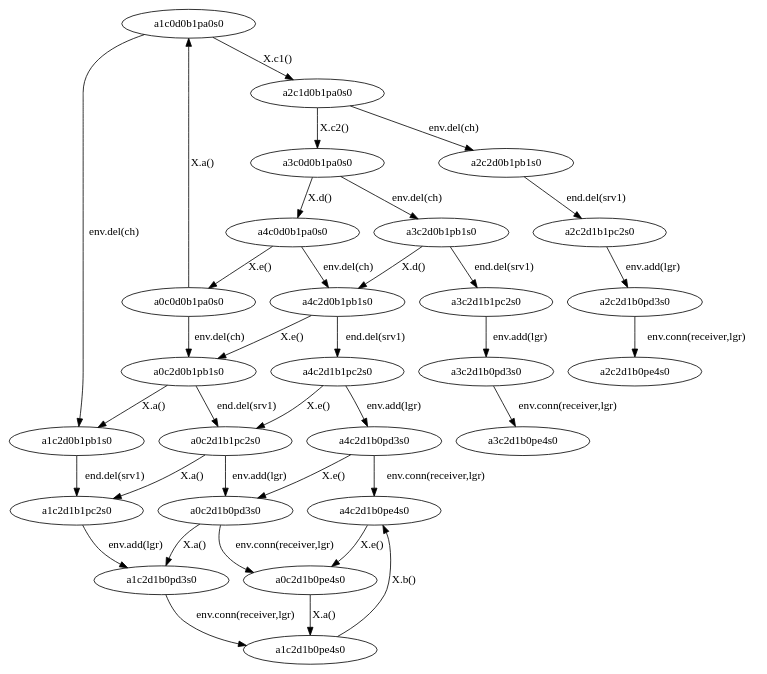
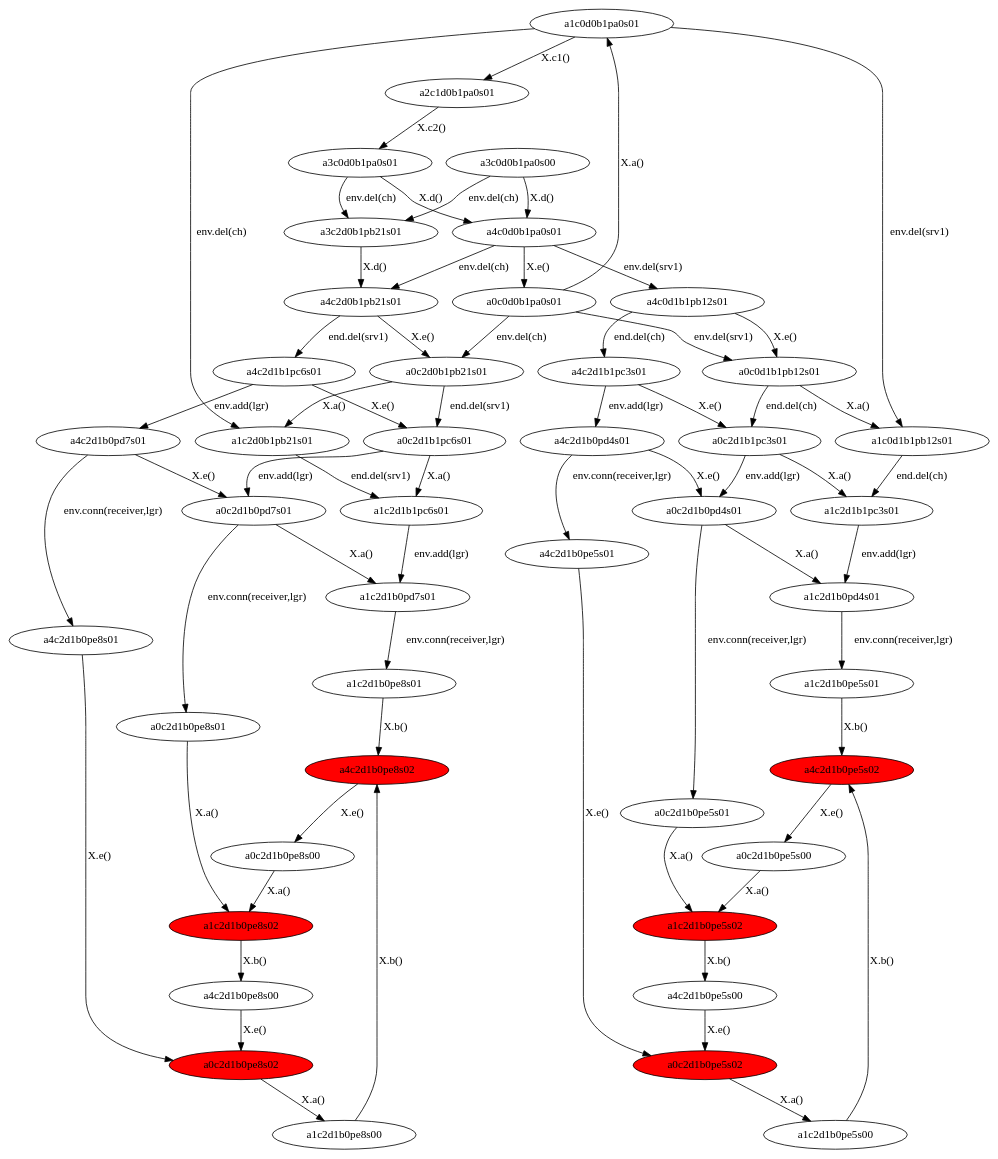
Before and after one commit to nargeskh/ControllerSynthesis: the diagram in IO/outExperiments/adaptor.dot, drawn with Graphviz. The commit also changed 122 other files, not shown here.

```diff
--- a/IO/outExperiments/adaptor.dot
+++ b/IO/outExperiments/adaptor.dot
@@ -1,63 +1,72 @@
 digraph { 
-a4c2d1b0pe4s0[pos="100,0!"];
-a1c2d1b0pe4s0[pos="100,100!"];
-a1c2d0b1pb1s0[pos="100,200!"];
-a3c2d1b0pd3s0[pos="100,300!"];
-a1c2d1b0pd3s0[pos="100,400!"];
-a3c2d1b1pc2s0[pos="100,500!"];
-a2c2d1b1pc2s0[pos="100,600!"];
-a1c2d1b1pc2s0[pos="100,700!"];
-a0c2d1b1pc2s0[pos="100,800!"];
-a1c0d0b1pa0s0[pos="100,900!"];
-a4c2d0b1pb1s0[pos="100,1000!"];
-a2c2d1b0pd3s0[pos="100,1100!"];
-a3c2d0b1pb1s0[pos="100,1200!"];
-a2c2d0b1pb1s0[pos="100,1300!"];
-a0c2d1b0pd3s0[pos="100,1400!"];
-a2c1d0b1pa0s0[pos="100,1500!"];
-a3c0d0b1pa0s0[pos="100,1600!"];
-a0c2d0b1pb1s0[pos="100,1700!"];
-a4c0d0b1pa0s0[pos="100,1800!"];
-a4c2d1b0pd3s0[pos="100,1900!"];
-a3c2d1b0pe4s0[pos="100,2000!"];
-a4c2d1b1pc2s0[pos="100,2100!"];
-a2c2d1b0pe4s0[pos="100,2200!"];
-a0c0d0b1pa0s0[pos="100,2300!"];
-a0c2d1b0pe4s0[pos="100,2400!"];
-a0c2d1b0pd3s0->a0c2d1b0pe4s0[label= "env.conn(receiver,lgr)"];
-a3c0d0b1pa0s0->a4c0d0b1pa0s0[label= "X.d()"];
-a0c0d0b1pa0s0->a1c0d0b1pa0s0[label= "X.a()"];
-a2c1d0b1pa0s0->a3c0d0b1pa0s0[label= "X.c2()"];
-a0c2d0b1pb1s0->a1c2d0b1pb1s0[label= "X.a()"];
-a4c2d1b0pd3s0->a4c2d1b0pe4s0[label= "env.conn(receiver,lgr)"];
-a3c2d1b0pd3s0->a3c2d1b0pe4s0[label= "env.conn(receiver,lgr)"];
-a1c0d0b1pa0s0->a2c1d0b1pa0s0[label= "X.c1()"];
-a3c2d0b1pb1s0->a4c2d0b1pb1s0[label= "X.d()"];
-a1c2d0b1pb1s0->a1c2d1b1pc2s0[label= "end.del(srv1)"];
-a4c0d0b1pa0s0->a4c2d0b1pb1s0[label= "env.del(ch)"];
-a0c2d1b0pe4s0->a1c2d1b0pe4s0[label= "X.a()"];
-a1c2d1b0pe4s0->a4c2d1b0pe4s0[label= "X.b()"];
-a4c2d1b0pd3s0->a0c2d1b0pd3s0[label= "X.e()"];
-a2c2d1b1pc2s0->a2c2d1b0pd3s0[label= "env.add(lgr)"];
-a1c2d1b1pc2s0->a1c2d1b0pd3s0[label= "env.add(lgr)"];
-a3c2d1b1pc2s0->a3c2d1b0pd3s0[label= "env.add(lgr)"];
-a0c2d1b0pd3s0->a1c2d1b0pd3s0[label= "X.a()"];
-a0c2d1b1pc2s0->a1c2d1b1pc2s0[label= "X.a()"];
-a3c0d0b1pa0s0->a3c2d0b1pb1s0[label= "env.del(ch)"];
-a4c2d1b1pc2s0->a4c2d1b0pd3s0[label= "env.add(lgr)"];
-a1c2d1b0pd3s0->a1c2d1b0pe4s0[label= "env.conn(receiver,lgr)"];
-a2c1d0b1pa0s0->a2c2d0b1pb1s0[label= "env.del(ch)"];
-a2c2d0b1pb1s0->a2c2d1b1pc2s0[label= "end.del(srv1)"];
-a4c2d0b1pb1s0->a4c2d1b1pc2s0[label= "end.del(srv1)"];
-a4c2d1b0pe4s0->a0c2d1b0pe4s0[label= "X.e()"];
-a4c2d0b1pb1s0->a0c2d0b1pb1s0[label= "X.e()"];
-a0c0d0b1pa0s0->a0c2d0b1pb1s0[label= "env.del(ch)"];
-a2c2d1b0pd3s0->a2c2d1b0pe4s0[label= "env.conn(receiver,lgr)"];
-a1c0d0b1pa0s0->a1c2d0b1pb1s0[label= "env.del(ch)"];
-a3c2d0b1pb1s0->a3c2d1b1pc2s0[label= "end.del(srv1)"];
-a4c0d0b1pa0s0->a0c0d0b1pa0s0[label= "X.e()"];
-a0c2d1b1pc2s0->a0c2d1b0pd3s0[label= "env.add(lgr)"];
-a4c2d1b1pc2s0->a0c2d1b1pc2s0[label= "X.e()"];
-a0c2d0b1pb1s0->a0c2d1b1pc2s0[label= "end.del(srv1)"];
+a4c2d1b0pe5s02[fillcolor = red,style=filled];
+a0c2d1b0pe5s02[fillcolor = red,style=filled];
+a1c2d1b0pe5s02[fillcolor = red,style=filled];
+a0c2d1b0pe8s02[fillcolor = red,style=filled];
+a1c2d1b0pe8s02[fillcolor = red,style=filled];
+a4c2d1b0pe8s02[fillcolor = red,style=filled];
+a1c0d1b1pb12s01->a1c2d1b1pc3s01[label= "end.del(ch)"];
+a0c2d0b1pb21s01->a0c2d1b1pc6s01[label= "end.del(srv1)"];
+a0c2d1b1pc3s01->a1c2d1b1pc3s01[label= "X.a()"];
+a1c2d1b1pc6s01->a1c2d1b0pd7s01[label= "env.add(lgr)"];
+a4c2d1b0pe8s02->a0c2d1b0pe8s00[label= "X.e()"];
+a1c2d1b0pe8s00->a4c2d1b0pe8s02[label= "X.b()"];
+a0c2d1b0pe8s01->a1c2d1b0pe8s02[label= "X.a()"];
+a4c0d1b1pb12s01->a4c2d1b1pc3s01[label= "end.del(ch)"];
+a1c0d0b1pa0s01->a1c2d0b1pb21s01[label= "env.del(ch)"];
+a0c2d1b0pd7s01->a1c2d1b0pd7s01[label= "X.a()"];
+a3c0d0b1pa0s00->a3c2d0b1pb21s01[label= "env.del(ch)"];
+a1c0d0b1pa0s01->a2c1d0b1pa0s01[label= "X.c1()"];
+a4c2d1b0pd7s01->a4c2d1b0pe8s01[label= "env.conn(receiver,lgr)"];
+a1c2d0b1pb21s01->a1c2d1b1pc6s01[label= "end.del(srv1)"];
+a4c2d1b0pd7s01->a0c2d1b0pd7s01[label= "X.e()"];
+a0c2d1b1pc6s01->a1c2d1b1pc6s01[label= "X.a()"];
+a4c0d1b1pb12s01->a0c0d1b1pb12s01[label= "X.e()"];
+a4c2d1b0pe8s00->a0c2d1b0pe8s02[label= "X.e()"];
+a4c2d1b0pd4s01->a4c2d1b0pe5s01[label= "env.conn(receiver,lgr)"];
+a1c2d1b1pc3s01->a1c2d1b0pd4s01[label= "env.add(lgr)"];
+a0c0d0b1pa0s01->a0c0d1b1pb12s01[label= "env.del(srv1)"];
+a0c0d0b1pa0s01->a0c2d0b1pb21s01[label= "env.del(ch)"];
+a4c2d1b0pe8s01->a0c2d1b0pe8s02[label= "X.e()"];
+a0c2d1b1pc3s01->a0c2d1b0pd4s01[label= "env.add(lgr)"];
+a0c2d1b0pe5s01->a1c2d1b0pe5s02[label= "X.a()"];
+a4c2d1b0pe5s02->a0c2d1b0pe5s00[label= "X.e()"];
+a3c0d0b1pa0s01->a4c0d0b1pa0s01[label= "X.d()"];
+a4c2d1b1pc3s01->a4c2d1b0pd4s01[label= "env.add(lgr)"];
+a1c2d1b0pd4s01->a1c2d1b0pe5s01[label= "env.conn(receiver,lgr)"];
+a0c2d0b1pb21s01->a1c2d0b1pb21s01[label= "X.a()"];
+a3c2d0b1pb21s01->a4c2d0b1pb21s01[label= "X.d()"];
+a1c2d1b0pe5s01->a4c2d1b0pe5s02[label= "X.b()"];
+a4c0d0b1pa0s01->a4c0d1b1pb12s01[label= "env.del(srv1)"];
+a0c2d1b0pd4s01->a0c2d1b0pe5s01[label= "env.conn(receiver,lgr)"];
+a4c2d1b1pc6s01->a4c2d1b0pd7s01[label= "env.add(lgr)"];
+a4c2d1b0pd4s01->a0c2d1b0pd4s01[label= "X.e()"];
+a4c2d0b1pb21s01->a0c2d0b1pb21s01[label= "X.e()"];
+a0c0d0b1pa0s01->a1c0d0b1pa0s01[label= "X.a()"];
+a0c2d1b0pd7s01->a0c2d1b0pe8s01[label= "env.conn(receiver,lgr)"];
+a4c0d0b1pa0s01->a0c0d0b1pa0s01[label= "X.e()"];
+a4c2d1b0pe5s01->a0c2d1b0pe5s02[label= "X.e()"];
+a0c2d1b0pe5s00->a1c2d1b0pe5s02[label= "X.a()"];
+a4c0d0b1pa0s01->a4c2d0b1pb21s01[label= "env.del(ch)"];
+a1c0d0b1pa0s01->a1c0d1b1pb12s01[label= "env.del(srv1)"];
+a4c2d0b1pb21s01->a4c2d1b1pc6s01[label= "end.del(srv1)"];
+a0c0d1b1pb12s01->a0c2d1b1pc3s01[label= "end.del(ch)"];
+a1c2d1b0pe8s02->a4c2d1b0pe8s00[label= "X.b()"];
+a2c1d0b1pa0s01->a3c0d0b1pa0s01[label= "X.c2()"];
+a0c2d1b0pe8s00->a1c2d1b0pe8s02[label= "X.a()"];
+a0c0d1b1pb12s01->a1c0d1b1pb12s01[label= "X.a()"];
+a0c2d1b1pc6s01->a0c2d1b0pd7s01[label= "env.add(lgr)"];
+a0c2d1b0pe5s02->a1c2d1b0pe5s00[label= "X.a()"];
+a3c0d0b1pa0s01->a3c2d0b1pb21s01[label= "env.del(ch)"];
+a1c2d1b0pd7s01->a1c2d1b0pe8s01[label= "env.conn(receiver,lgr)"];
+a0c2d1b0pd4s01->a1c2d1b0pd4s01[label= "X.a()"];
+a1c2d1b0pe5s02->a4c2d1b0pe5s00[label= "X.b()"];
+a1c2d1b0pe8s01->a4c2d1b0pe8s02[label= "X.b()"];
+a0c2d1b0pe8s02->a1c2d1b0pe8s00[label= "X.a()"];
+a4c2d1b1pc6s01->a0c2d1b1pc6s01[label= "X.e()"];
+a4c2d1b1pc3s01->a0c2d1b1pc3s01[label= "X.e()"];
+a4c2d1b0pe5s00->a0c2d1b0pe5s02[label= "X.e()"];
+a1c2d1b0pe5s00->a4c2d1b0pe5s02[label= "X.b()"];
+a3c0d0b1pa0s00->a4c0d0b1pa0s01[label= "X.d()"];
 
 }
```
